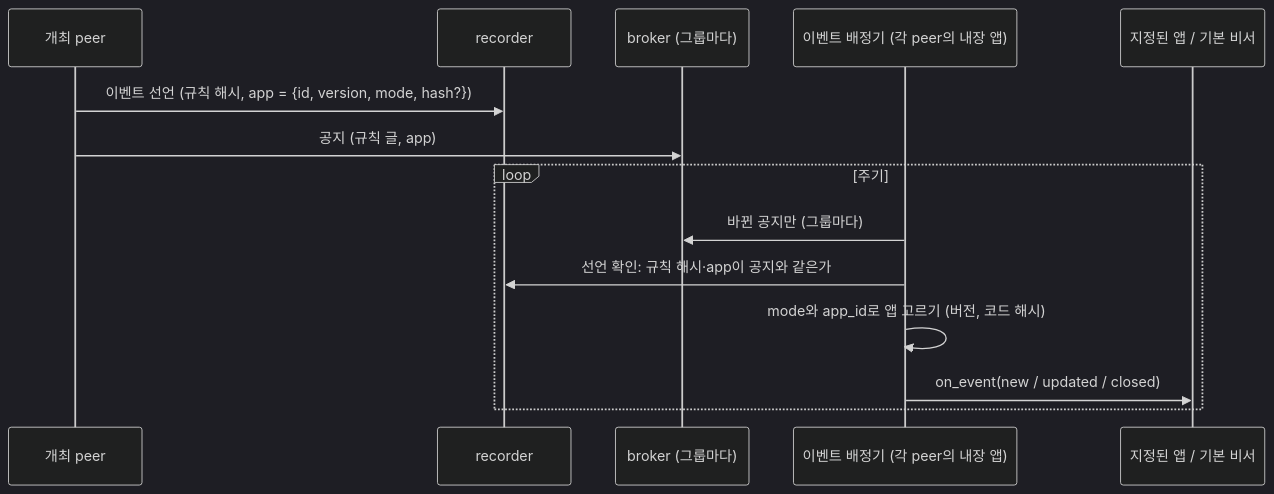
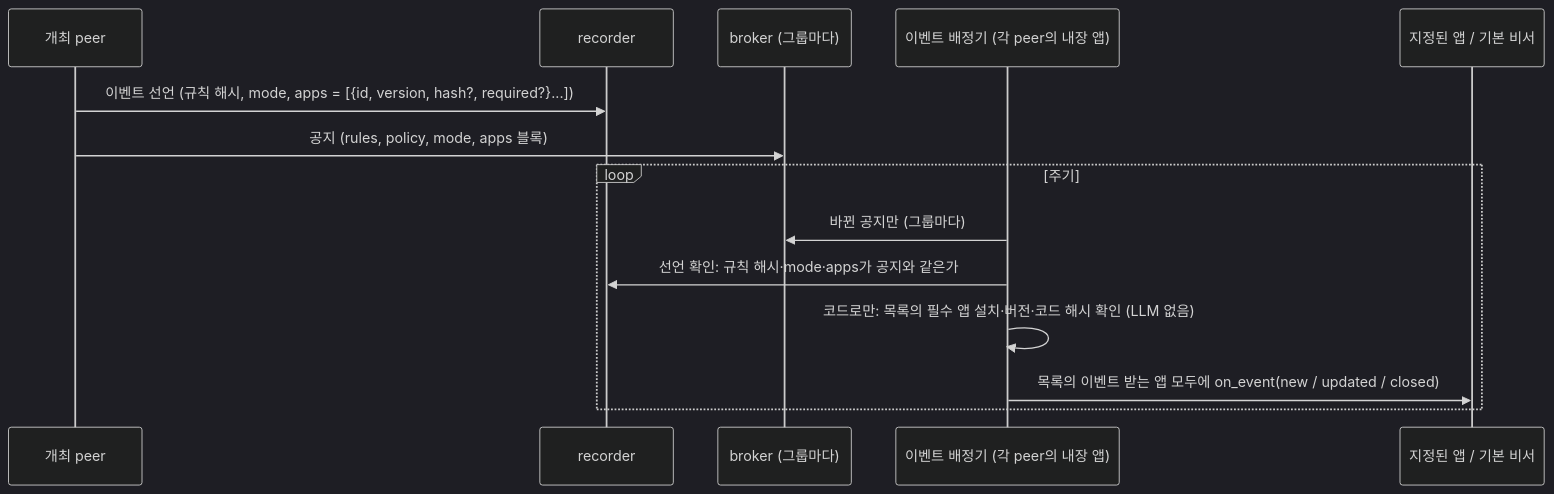
The eighth of 8 diagrams in dev/phase5/design.md (tanminkwan/share-ur-tokens), drawn with Mermaid (dark theme) before and after one commit. The commit also changed 12 other files, not shown here.

First line of the commit message:
feat: Separate the event's mode and app-list blocks; close only with a recorded result; show contracts to the host

````diff
--- a/dev/phase5/design.md
+++ b/dev/phase5/design.md
@@ -199,16 +199,16 @@
 ```mermaid
 sequenceDiagram
     participant H as 개최 peer
     participant R as recorder
     participant B as broker (그룹마다)
     participant ER as 이벤트 배정기 (각 peer의 내장 앱)
     participant A as 지정된 앱 / 기본 비서
-    H->>R: 이벤트 선언 (규칙 해시, app = {id, version, mode, hash?})
-    H->>B: 공지 (규칙 글, app)
+    H->>R: 이벤트 선언 (규칙 해시, mode, apps = [{id, version, hash?, required?}...])
+    H->>B: 공지 (rules, policy, mode, apps 블록)
     loop 주기
         ER->>B: 바뀐 공지만 (그룹마다)
-        ER->>R: 선언 확인: 규칙 해시·app이 공지와 같은가
-        ER->>ER: mode와 app_id로 앱 고르기 (버전, 코드 해시)
-        ER->>A: on_event(new / updated / closed)
+        ER->>R: 선언 확인: 규칙 해시·mode·apps가 공지와 같은가
+        ER->>ER: 코드로만: 목록의 필수 앱 설치·버전·코드 해시 확인 (LLM 없음)
+        ER->>A: 목록의 이벤트 받는 앱 모두에 on_event(new / updated / closed)
     end
 ```
````
